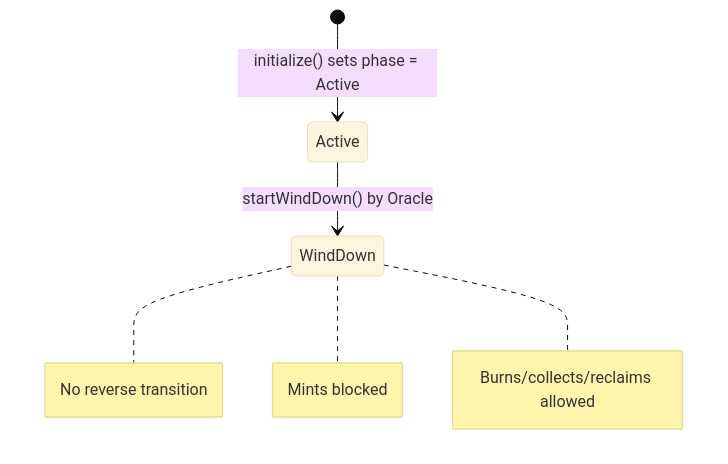
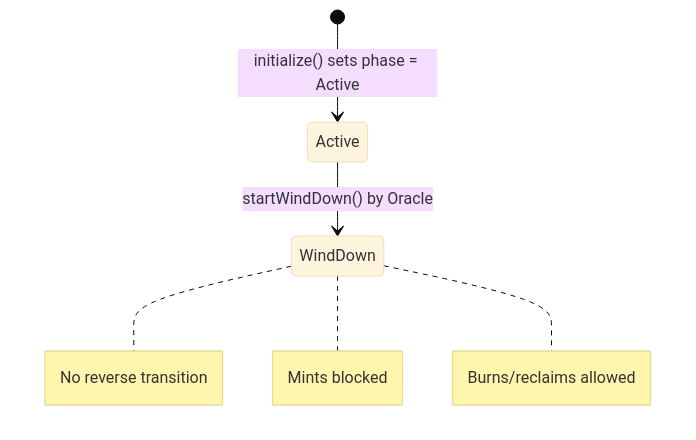
Before and after one commit to ProphetMarket/lp-vaults: the fourth of 4 diagrams in specs/features/contracts/FEAT-JGE7-vault-wind-down-lifecycle/ARCHITECTURE.md, drawn with Mermaid (base theme). The commit also changed other lines of this file and 73 other files, not shown here.

````diff
--- a/specs/features/contracts/FEAT-JGE7-vault-wind-down-lifecycle/ARCHITECTURE.md
+++ b/specs/features/contracts/FEAT-JGE7-vault-wind-down-lifecycle/ARCHITECTURE.md
@@ -103,10 +103,10 @@
 ```mermaid
 stateDiagram-v2
     state "Active" as s1
     state "WindDown" as s2
     [*] --> s1 : initialize() sets phase = Active
     s1 --> s2 : startWindDown() by Oracle
     note right of s2 : No reverse transition
     note right of s2 : Mints blocked
-    note right of s2 : Burns/collects/reclaims allowed
+    note right of s2 : Burns/reclaims allowed
 ```
````
